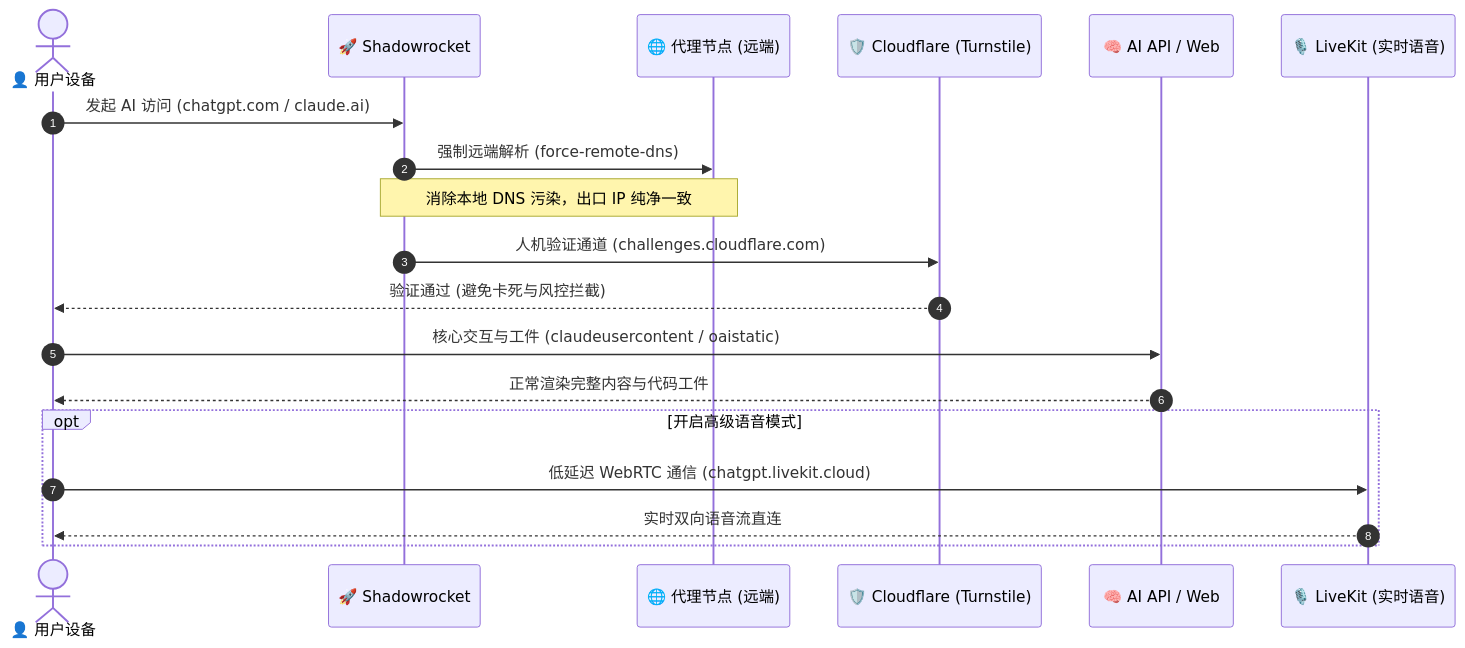
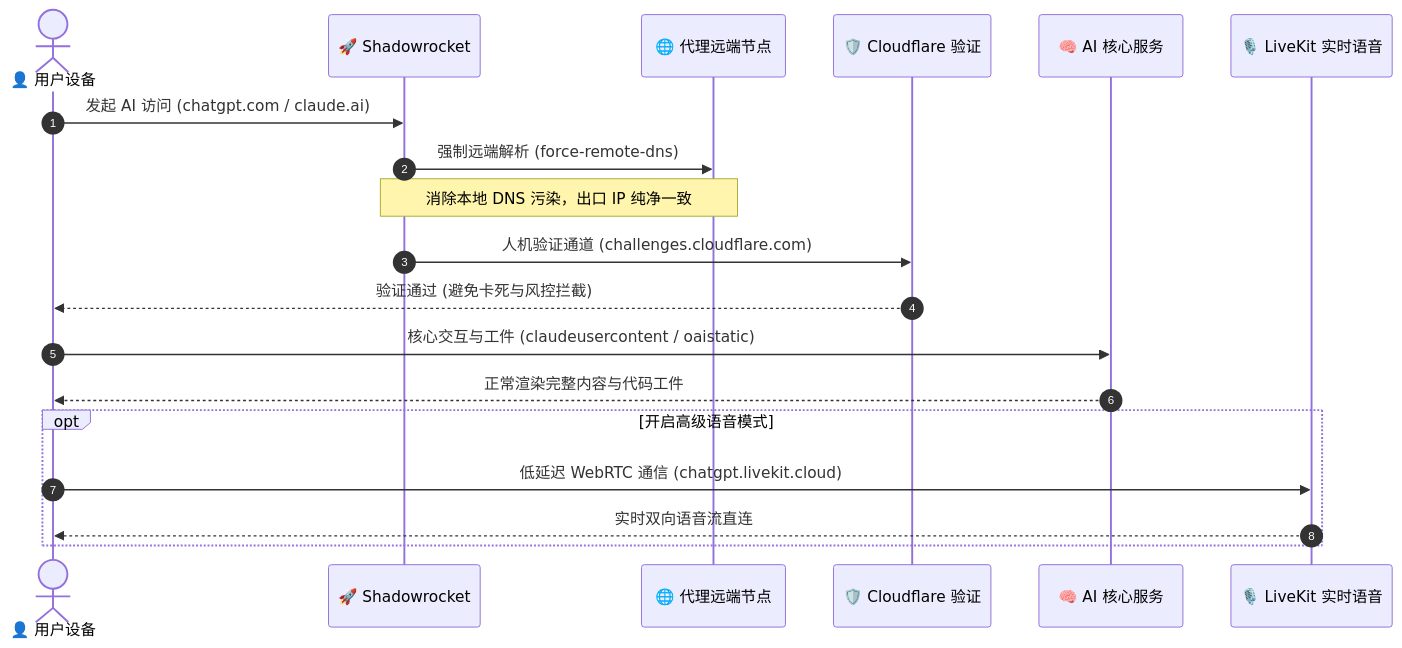
Before and after one commit to suxayii/bbr-fq_codel: the fourth of 5 diagrams in s.md, drawn with Mermaid. The commit also changed other lines of this file, not shown here.

````diff
--- a/s.md
+++ b/s.md
@@ -134,25 +134,25 @@
 ```mermaid
 sequenceDiagram
     autonumber
     actor User as 👤 用户设备
     participant SR as 🚀 Shadowrocket
-    participant Node as 🌐 代理节点 (远端)
-    participant CF as 🛡️ Cloudflare (Turnstile)
-    participant AI as 🧠 AI API / Web
-    participant LK as 🎙️ LiveKit (实时语音)
+    participant Node as 🌐 代理远端节点
+    participant CF as 🛡️ Cloudflare 验证
+    participant AI as 🧠 AI 核心服务
+    participant LK as 🎙️ LiveKit 实时语音
 
     User->>SR: 发起 AI 访问 (chatgpt.com / claude.ai)
     SR->>Node: 强制远端解析 (force-remote-dns)
     Note over SR,Node: 消除本地 DNS 污染，出口 IP 纯净一致
 
     SR->>CF: 人机验证通道 (challenges.cloudflare.com)
     CF-->>User: 验证通过 (避免卡死与风控拦截)
 
     User->>AI: 核心交互与工件 (claudeusercontent / oaistatic)
     AI-->>User: 正常渲染完整内容与代码工件
 
     opt 开启高级语音模式
         User->>LK: 低延迟 WebRTC 通信 (chatgpt.livekit.cloud)
         LK-->>User: 实时双向语音流直连
     end
 ```
````
